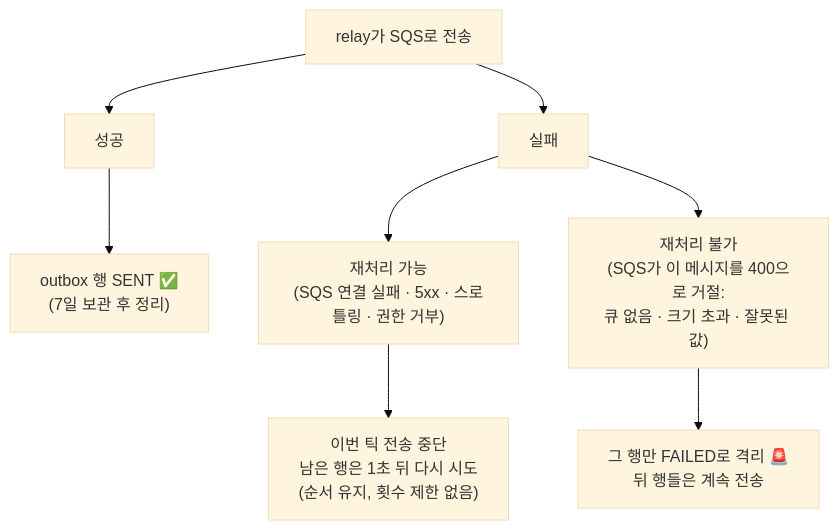
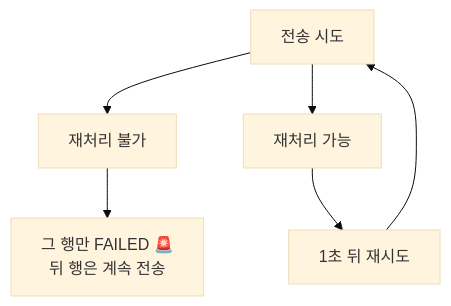
One commit to rivertw777/ModuDrive-API changed the third of 4 diagrams in .docs/spec/messaging-spec.md. Above: the diagram before and after it, drawn with Mermaid (base theme). The commit also changed other lines of this file, not shown here.

````diff
--- a/.docs/spec/messaging-spec.md
+++ b/.docs/spec/messaging-spec.md
@@ -97,10 +116,8 @@
 ```mermaid
 flowchart TD
-    A["relay가 SQS로 전송"] --> B["성공"]
-    A --> F["실패"]
-    B --> B1["outbox 행 SENT ✅<br/>(7일 보관 후 정리)"]
-    F --> R["재처리 가능<br/>(SQS 연결 실패 · 5xx · 스로틀링 · 권한 거부)"]
-    F --> P["재처리 불가<br/>(SQS가 이 메시지를 400으로 거절:<br/>큐 없음 · 크기 초과 · 잘못된 값)"]
-    R --> R1["이번 틱 전송 중단<br/>남은 행은 1초 뒤 다시 시도<br/>(순서 유지, 횟수 제한 없음)"]
-    P --> P1["그 행만 FAILED로 격리 🚨<br/>뒤 행들은 계속 전송"]
+    A["전송 시도"] --> P["재처리 불가"]
+    A --> R["재처리 가능"]
+    P --> X["그 행만 FAILED 🚨<br/>뒤 행은 계속 전송"]
+    R --> W["1초 뒤 재시도"]
+    W --> A
 ```
````
